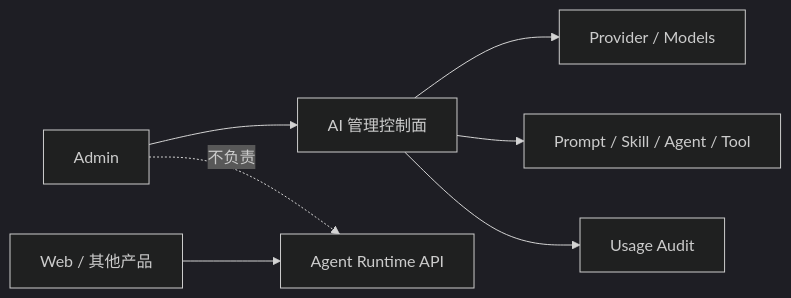
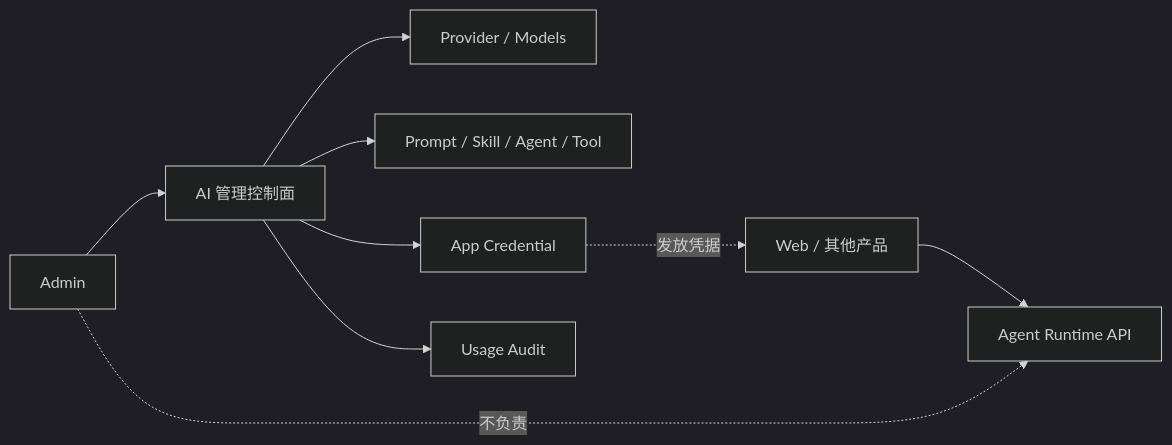
Before and after one commit to xidongdong-153/starter: the first of 2 diagrams in .trellis/tasks/08-21-admin-ai-control-plane-only/design.md, drawn with Mermaid. The commit also changed other lines of this file and 9 other files, not shown here.

````diff
--- a/.trellis/tasks/08-21-admin-ai-control-plane-only/design.md
+++ b/.trellis/tasks/08-21-admin-ai-control-plane-only/design.md
@@ -5,10 +5,12 @@
 ```mermaid
 %%{init: {"theme": "dark"}}%%
 flowchart LR
   Admin["Admin"] --> Control["AI 管理控制面"]
   Control --> Providers["Provider / Models"]
   Control --> Definitions["Prompt / Skill / Agent / Tool"]
+  Control --> Credentials["App Credential"]
   Control --> Audit["Usage Audit"]
   Product["Web / 其他产品"] --> Runtime["Agent Runtime API"]
+  Credentials -.发放凭据.-> Product
   Admin -."不负责".-> Runtime
 ```
````
